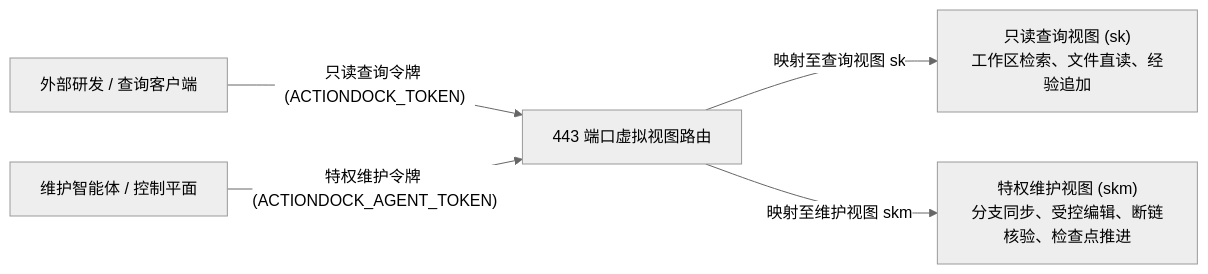
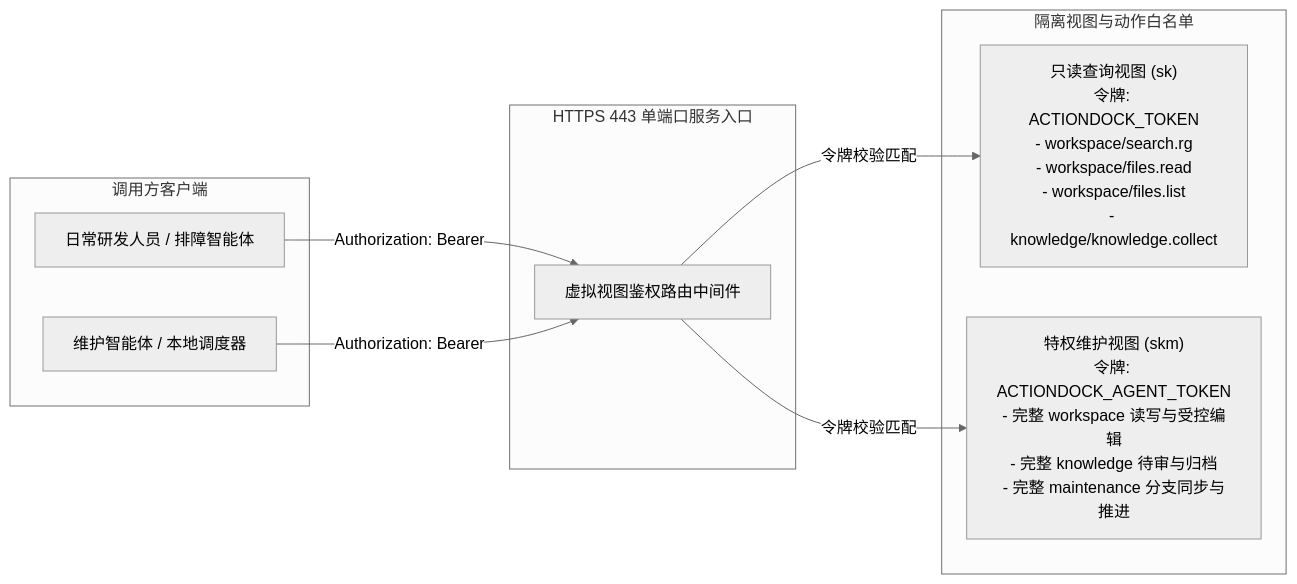
The second of 5 diagrams in docs/architecture.md (fjay/knowledge-dock), drawn with Mermaid (neutral theme) before and after one commit. The commit also changed other lines of this file and 4 other files, not shown here.

````diff
--- a/docs/architecture.md
+++ b/docs/architecture.md
@@ -41,8 +100,22 @@
 ```mermaid
 flowchart LR
-    User["外部研发 / 查询客户端"] -->|"只读查询令牌 (ACTIONDOCK_TOKEN)"| Router["443 端口虚拟视图路由"]
-    Agent["维护智能体 / 控制平面"] -->|"特权维护令牌 (ACTIONDOCK_AGENT_TOKEN)"| Router
+    subgraph Clients ["调用方客户端"]
+        User["日常研发人员 / 排障智能体"]
+        Maintainer["维护智能体 / 本地调度器"]
+    end
 
-    Router -->|"映射至查询视图 sk"| ViewQuery["只读查询视图 (sk)<br/>工作区检索、文件直读、经验追加"]
-    Router -->|"映射至维护视图 skm"| ViewMaint["特权维护视图 (skm)<br/>分支同步、受控编辑、断链核验、检查点推进"]
+    subgraph Port443 ["HTTPS 443 单端口服务入口"]
+        AuthMiddleware["虚拟视图鉴权路由中间件"]
+    end
+
+    subgraph VirtualViews ["隔离视图与动作白名单"]
+        ViewQuery["只读查询视图 (sk)<br/>令牌: ACTIONDOCK_TOKEN<br/>- workspace/search.rg<br/>- workspace/files.read<br/>- workspace/files.list<br/>- knowledge/knowledge.collect"]
+        ViewMaint["特权维护视图 (skm)<br/>令牌: ACTIONDOCK_AGENT_TOKEN<br/>- 完整 workspace 读写与受控编辑<br/>- 完整 knowledge 待审与归档<br/>- 完整 maintenance 分支同步与推进"]
+    end
+
+    User -->|"Authorization: Bearer <ACTIONDOCK_TOKEN>"| AuthMiddleware
+    Maintainer -->|"Authorization: Bearer <ACTIONDOCK_AGENT_TOKEN>"| AuthMiddleware
+
+    AuthMiddleware -->|"令牌校验匹配"| ViewQuery
+    AuthMiddleware -->|"令牌校验匹配"| ViewMaint
 ```
````
